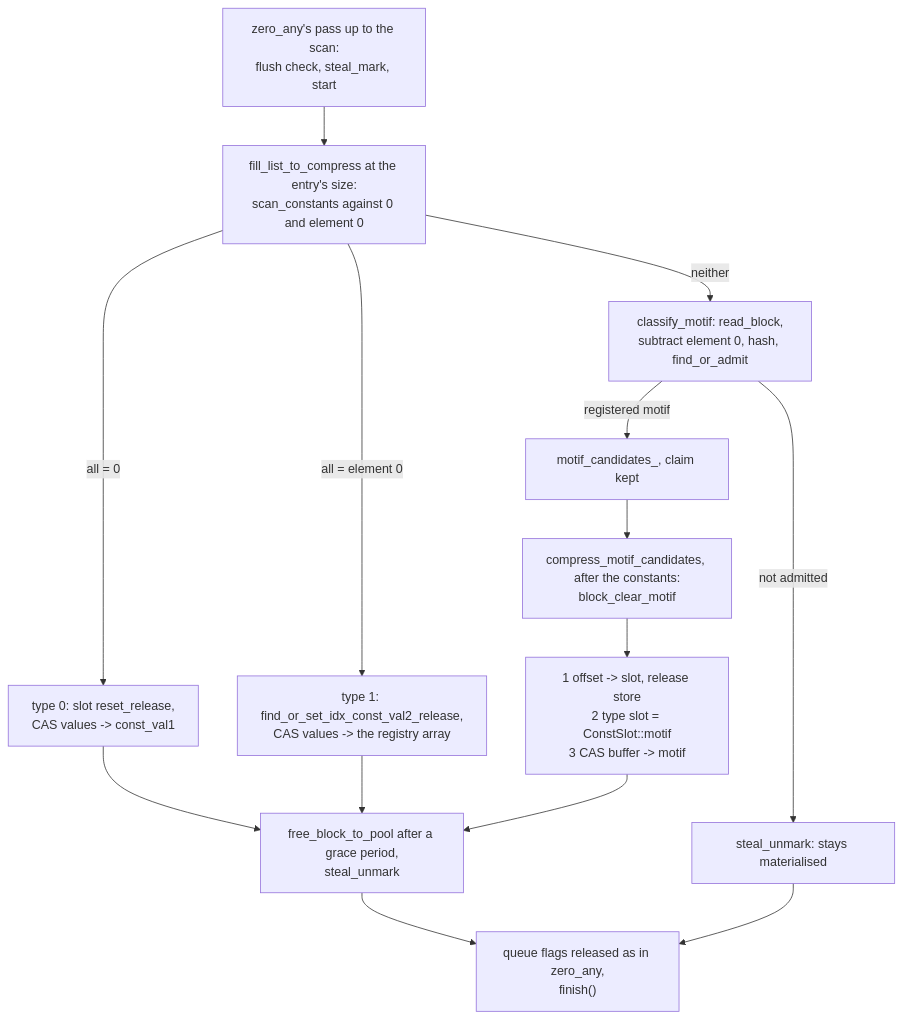
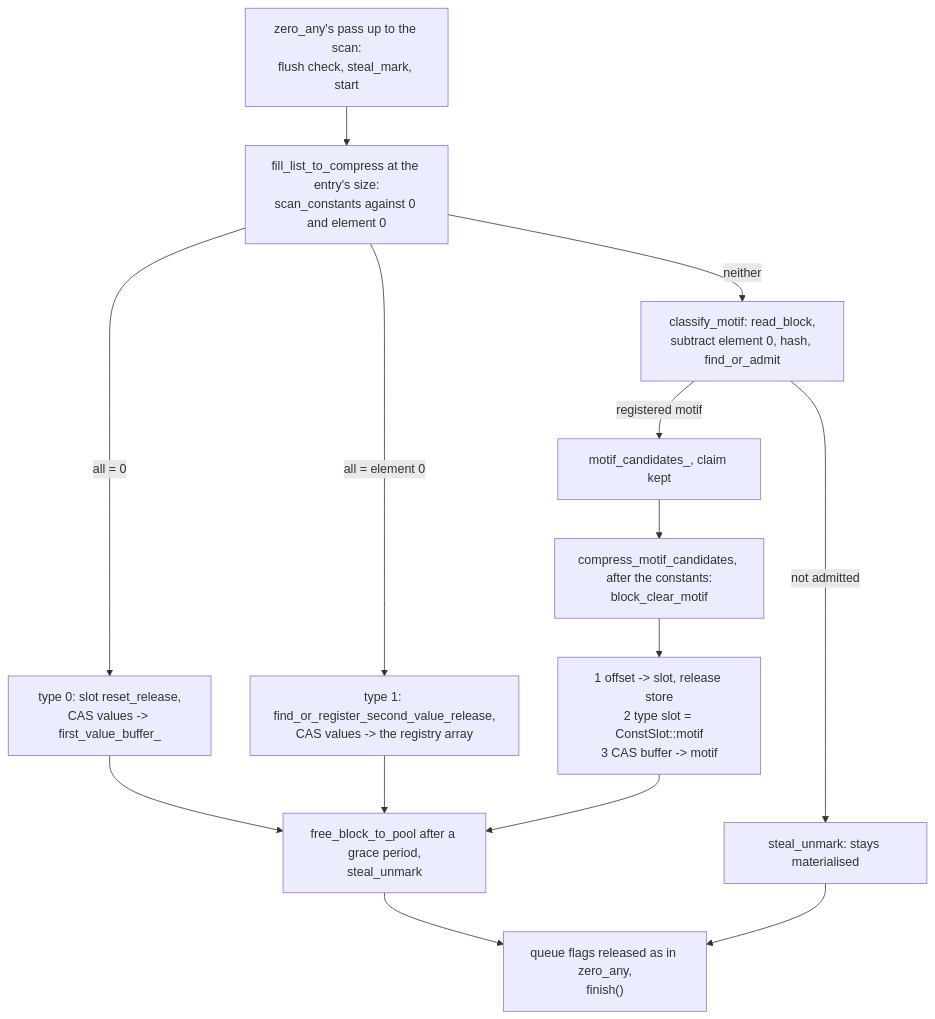
Before and after one commit to cea-hpc/shrink-array: the first of 2 diagrams in docs/algo_pattern.md, drawn with Mermaid. The commit also changed other lines of this file and 79 other files, not shown here.

````diff
--- a/docs/algo_pattern.md
+++ b/docs/algo_pattern.md
@@ -118,16 +118,16 @@
 ```mermaid
 flowchart TD
     A["zero_any's pass up to the scan:<br/>flush check, steal_mark, start"] --> E["fill_list_to_compress at the entry's size:<br/>scan_constants against 0 and element 0"]
-    E -->|"all = 0"| F["type 0: slot reset_release,<br/>CAS values -> const_val1"]
-    E -->|"all = element 0"| G["type 1: find_or_set_idx_const_val2_release,<br/>CAS values -> the registry array"]
+    E -->|"all = 0"| F["type 0: slot reset_release,<br/>CAS values -> first_value_buffer_"]
+    E -->|"all = element 0"| G["type 1: find_or_register_second_value_release,<br/>CAS values -> the registry array"]
     E -->|"neither"| M["classify_motif: read_block,<br/>subtract element 0, hash, find_or_admit"]
     M -->|"registered motif"| MC["motif_candidates_, claim kept"]
     M -->|"not admitted"| N["steal_unmark: stays materialised"]
     MC --> O["compress_motif_candidates, after the constants:<br/>block_clear_motif"]
     O --> O1["1 offset -> slot, release store<br/>2 type slot = ConstSlot::motif<br/>3 CAS buffer -> motif"]
     F --> R["free_block_to_pool after a grace period,<br/>steal_unmark"]
     G --> R
     O1 --> R
     R --> K["queue flags released as in zero_any,<br/>finish()"]
     N --> K
 ```
````
